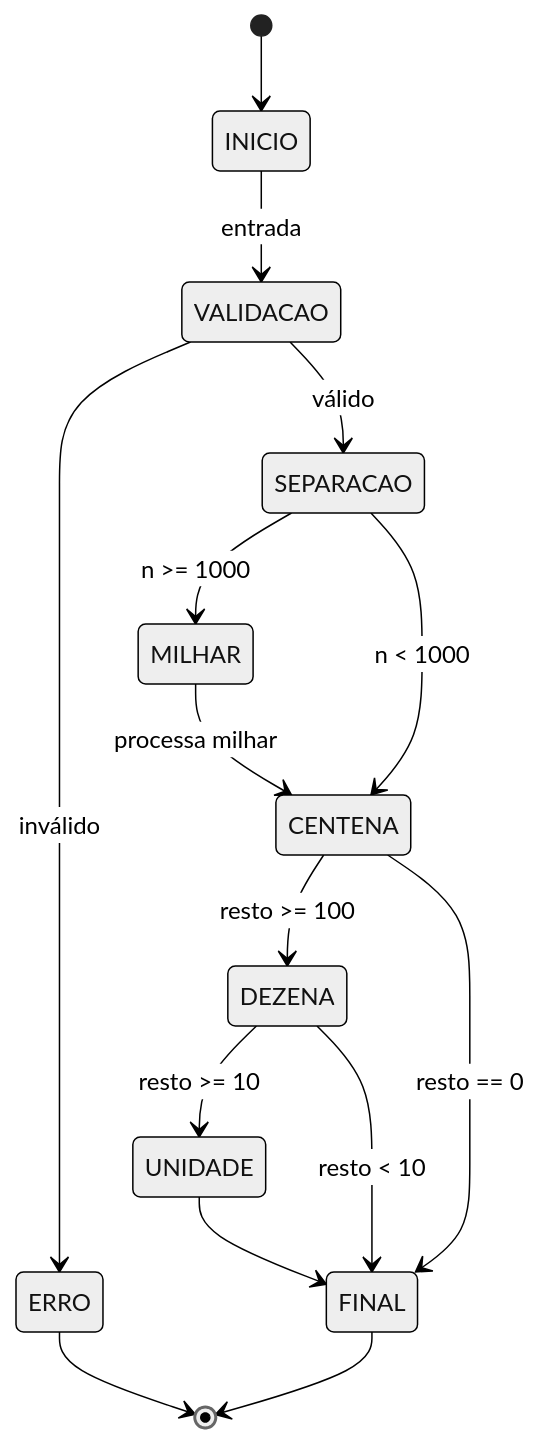
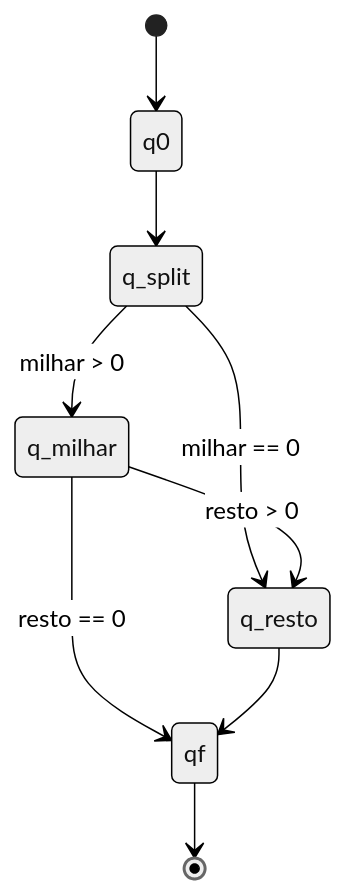
Before and after one commit to JVitorbs/automatos: the diagram in trab_2/README.md, drawn with Mermaid (neutral theme). The commit also changed other lines of this file, not shown here.

````diff
--- a/trab_2/README.md
+++ b/trab_2/README.md
@@ -22,24 +38,11 @@
 ```mermaid
 stateDiagram-v2
-    [*] --> INICIO
-
-    INICIO --> VALIDACAO : entrada
-    VALIDACAO --> ERRO : inválido
-    VALIDACAO --> SEPARACAO : válido
-
-    SEPARACAO --> MILHAR : n >= 1000
-    SEPARACAO --> CENTENA : n < 1000
-
-    MILHAR --> CENTENA : processa milhar
-
-    CENTENA --> DEZENA : resto >= 100
-    DEZENA --> UNIDADE : resto >= 10
-    UNIDADE --> FINAL
-
-    CENTENA --> FINAL : resto == 0
-    DEZENA --> FINAL : resto < 10
-
-    FINAL --> [*]
-
-    ERRO --> [*]
+    [*] --> q0
+    q0 --> q_split
+    q_split --> q_milhar : milhar > 0
+    q_split --> q_resto : milhar == 0
+    q_milhar --> q_resto : resto > 0
+    q_milhar --> qf : resto == 0
+    q_resto --> qf
+    qf --> [*]
 ```
````
